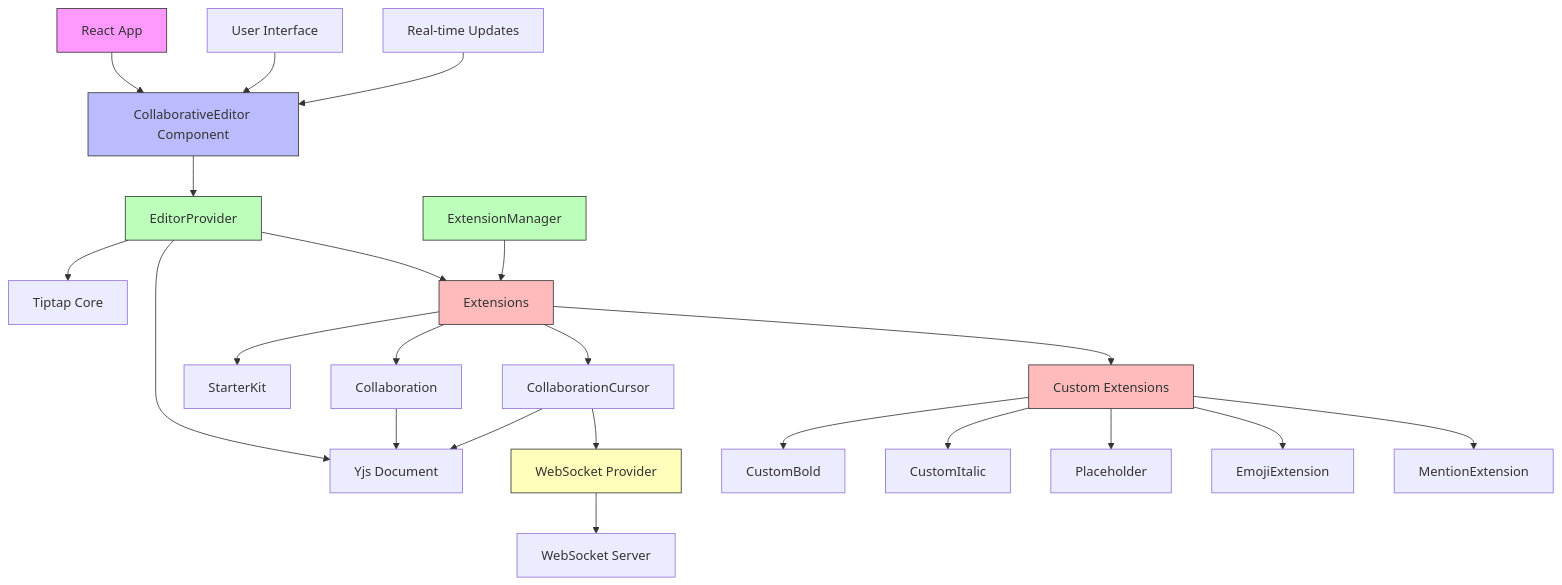
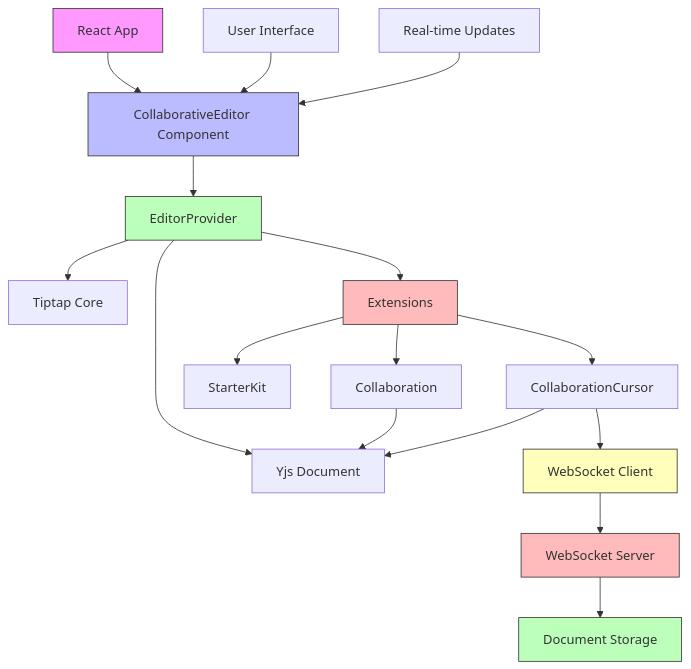
Before and after one commit to RootLoveWorld/reactProjects: the diagram in doc/ARCHITECTURE.md, drawn with Mermaid. The commit also changed other lines of this file and 25 other files, not shown here.

````diff
--- a/doc/ARCHITECTURE.md
+++ b/doc/ARCHITECTURE.md
@@ -3,38 +3,30 @@
 ```mermaid
 graph TB
     A[React App] --> B[CollaborativeEditor Component]
     B --> C[EditorProvider]
     C --> D[Tiptap Core]
     C --> E[Yjs Document]
     C --> F[Extensions]
     
     F --> G[StarterKit]
     F --> H[Collaboration]
     F --> I[CollaborationCursor]
-    F --> J[Custom Extensions]
-    
-    J --> K[CustomBold]
-    J --> L[CustomItalic]
-    J --> M[Placeholder]
-    J --> N[EmojiExtension]
-    J --> O[MentionExtension]
     
     H --> E
     I --> E
-    I --> P[WebSocket Provider]
+    I --> J[WebSocket Client]
     
-    P --> Q[WebSocket Server]
+    J --> K[WebSocket Server]
+    K --> L[Document Storage]
     
-    R[ExtensionManager] --> F
-    
-    S[User Interface] --> B
-    T[Real-time Updates] --> B
+    M[User Interface] --> B
+    N[Real-time Updates] --> B
     
     style A fill:#f9f,stroke:#333
     style B fill:#bbf,stroke:#333
     style C fill:#bfb,stroke:#333
     style F fill:#fbb,stroke:#333
-    style J fill:#fbb,stroke:#333
-    style P fill:#ffb,stroke:#333
-    style R fill:#bfb,stroke:#333
+    style J fill:#ffb,stroke:#333
+    style K fill:#fbb,stroke:#333
+    style L fill:#bfb,stroke:#333
 ```
````
